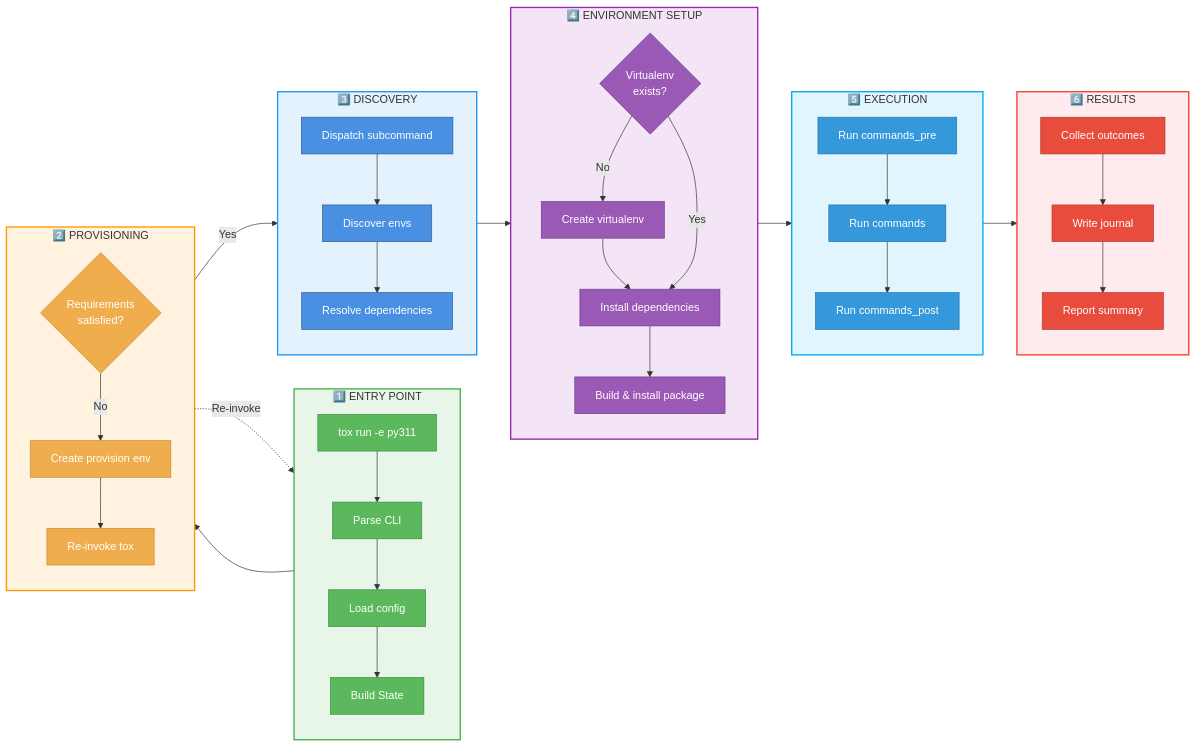
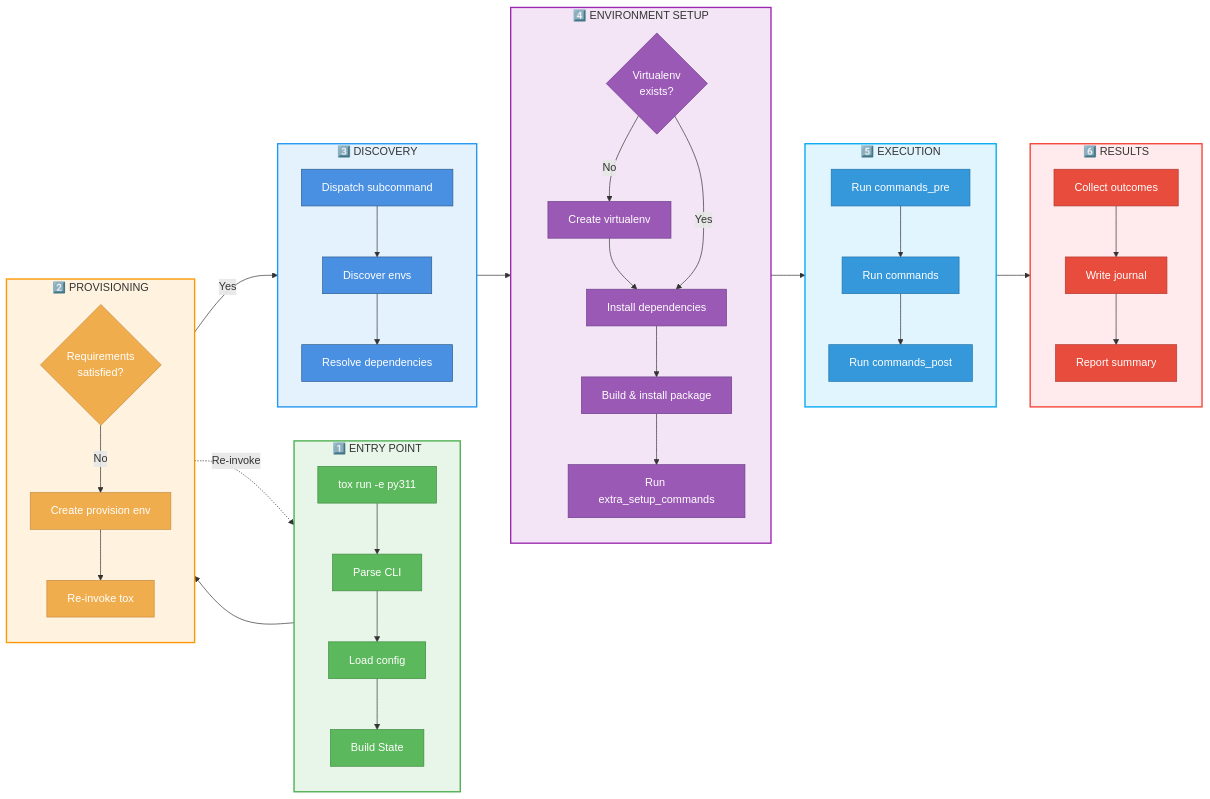
Before and after one commit to tox-dev/tox: the first of 9 diagrams in docs/onboarding.rst, drawn with Mermaid. The commit also changed other lines of this file and 6 other files, not shown here.

First line of the commit message:
✨ feat(config): add extra_setup_commands for --notest phase

```diff
--- a/docs/onboarding.rst
+++ b/docs/onboarding.rst
@@ -116,25 +116,26 @@
             L[Create virtualenv]
             M[Install dependencies]
             N[Build & install package]
+            O[Run extra_setup_commands]
             K -->|No| L --> M
             K -->|Yes| M
-            M --> N
+            M --> N --> O
         end
 
         subgraph EXEC["5️⃣ EXECUTION"]
             direction TB
-            O[Run commands_pre]
-            P[Run commands]
-            Q[Run commands_post]
-            O --> P --> Q
+            P[Run commands_pre]
+            Q[Run commands]
+            R[Run commands_post]
+            P --> Q --> R
         end
 
         subgraph RESULT["6️⃣ RESULTS"]
             direction TB
-            R[Collect outcomes]
-            S[Write journal]
-            T[Report summary]
-            R --> S --> T
+            S[Collect outcomes]
+            T[Write journal]
+            U[Report summary]
+            S --> T --> U
         end
 
         ENTRY --> PROV
@@ -165,9 +166,10 @@
         style L fill:#9B59B6,stroke:#6D3F8C,color:#fff
         style M fill:#9B59B6,stroke:#6D3F8C,color:#fff
         style N fill:#9B59B6,stroke:#6D3F8C,color:#fff
-        style O fill:#3498DB,stroke:#2574A9,color:#fff
+        style O fill:#9B59B6,stroke:#6D3F8C,color:#fff
         style P fill:#3498DB,stroke:#2574A9,color:#fff
         style Q fill:#3498DB,stroke:#2574A9,color:#fff
-        style R fill:#E74C3C,stroke:#B23A2F,color:#fff
+        style R fill:#3498DB,stroke:#2574A9,color:#fff
         style S fill:#E74C3C,stroke:#B23A2F,color:#fff
         style T fill:#E74C3C,stroke:#B23A2F,color:#fff
+        style U fill:#E74C3C,stroke:#B23A2F,color:#fff
```
